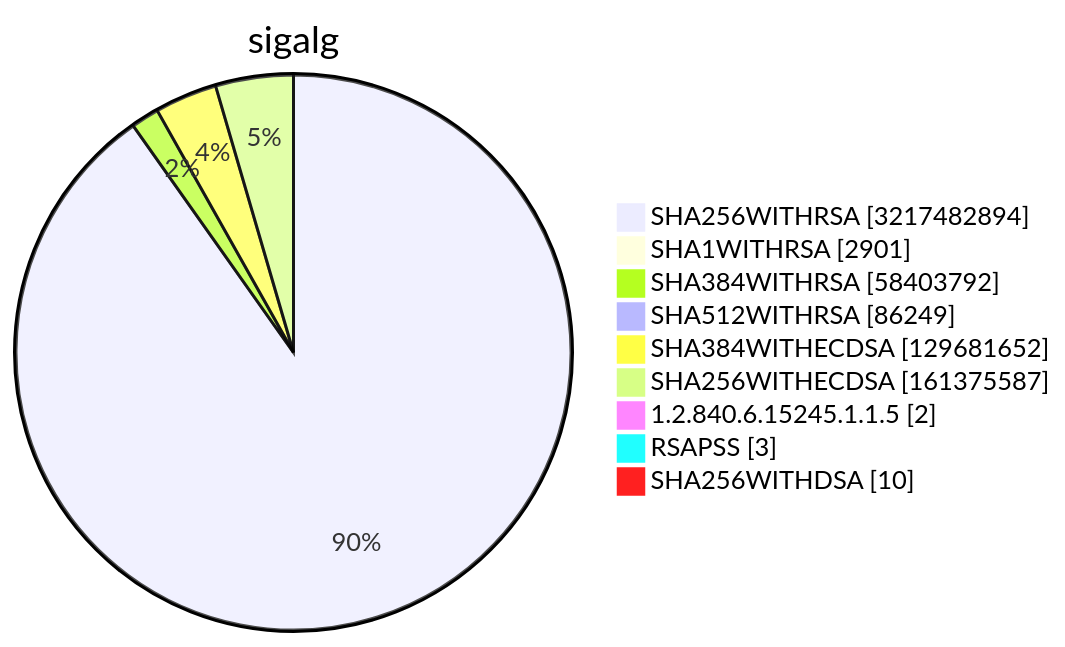
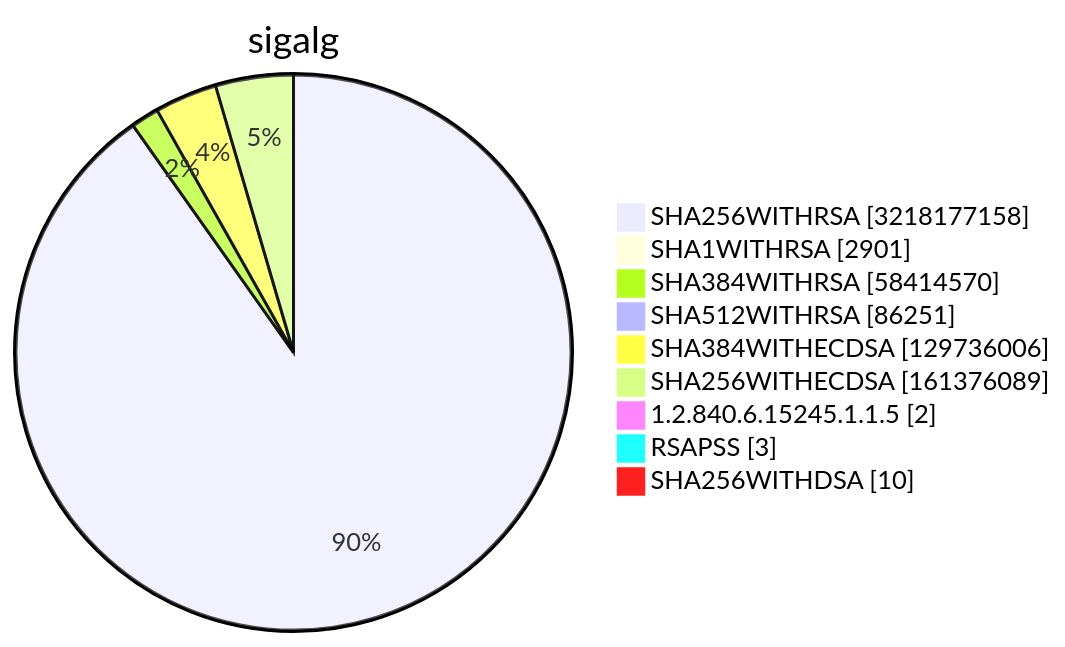
One commit to christiankrug/ctmonitor_visualization changed diagram 15 of 15 in TOTAL/README.md. Above: the diagram before and after it, drawn with Mermaid. The commit also changed other lines of this file, not shown here.

````diff
--- a/TOTAL/README.md
+++ b/TOTAL/README.md
@@ -6217,13 +6217,13 @@
 ```mermaid
 pie showData
 title sigalg
-"SHA256WITHRSA" :3217482894
+"SHA256WITHRSA" :3218177158
 "SHA1WITHRSA" :2901
-"SHA384WITHRSA" :58403792
-"SHA512WITHRSA" :86249
-"SHA384WITHECDSA" :129681652
-"SHA256WITHECDSA" :161375587
+"SHA384WITHRSA" :58414570
+"SHA512WITHRSA" :86251
+"SHA384WITHECDSA" :129736006
+"SHA256WITHECDSA" :161376089
 "1.2.840.6.15245.1.1.5" :2
 "RSAPSS" :3
 "SHA256WITHDSA" :10
 ```
````
